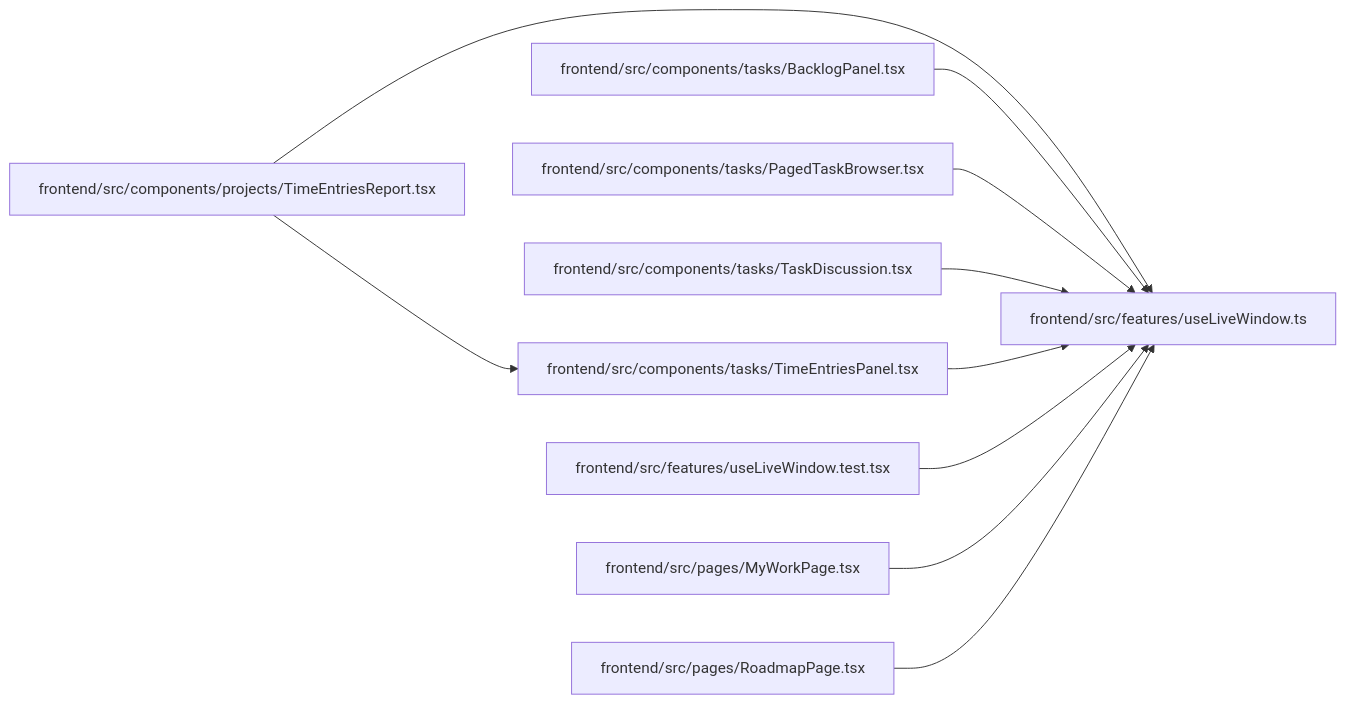
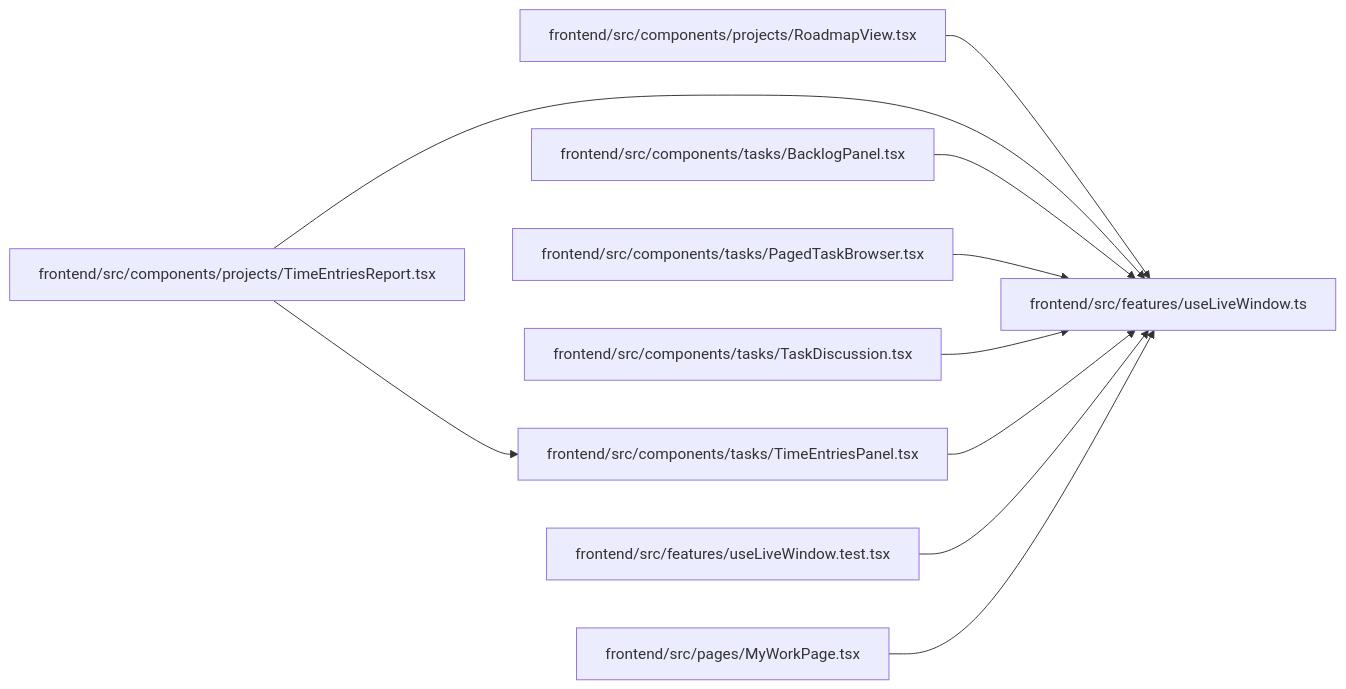
Before and after one commit to Denissvgn/WorkChord: the diagram in docs/llm_wiki/modules/useLiveWindow.md, drawn with Mermaid. The commit also changed other lines of this file and 2373 other files, not shown here.

````diff
--- a/docs/llm_wiki/modules/useLiveWindow.md
+++ b/docs/llm_wiki/modules/useLiveWindow.md
@@ -26,30 +26,30 @@
 ```mermaid
 flowchart LR
-    n0["frontend/src/components/projects/TimeEntriesReport.tsx"]
-    n1["frontend/src/components/tasks/BacklogPanel.tsx"]
-    n2["frontend/src/components/tasks/PagedTaskBrowser.tsx"]
-    n3["frontend/src/components/tasks/TaskDiscussion.tsx"]
-    n4["frontend/src/components/tasks/TimeEntriesPanel.tsx"]
-    n5["frontend/src/features/useLiveWindow.test.tsx"]
-    n6["frontend/src/features/useLiveWindow.ts"]
-    n7["frontend/src/pages/MyWorkPage.tsx"]
-    n8["frontend/src/pages/RoadmapPage.tsx"]
-    n0 --> n4
-    n0 --> n6
-    n1 --> n6
-    n2 --> n6
-    n3 --> n6
-    n4 --> n6
-    n5 --> n6
-    n7 --> n6
-    n8 --> n6
-    click n0 "../modules/TimeEntriesReport.md"
-    click n1 "../modules/BacklogPanel.md"
-    click n2 "../modules/PagedTaskBrowser.md"
-    click n3 "../modules/TaskDiscussion.md"
-    click n4 "../modules/TimeEntriesPanel.md"
-    click n5 "../modules/useLiveWindow.test.md"
-    click n6 "../modules/useLiveWindow.md"
-    click n7 "../modules/MyWorkPage.md"
-    click n8 "../modules/RoadmapPage.md"
+    n0["frontend/src/components/projects/RoadmapView.tsx"]
+    n1["frontend/src/components/projects/TimeEntriesReport.tsx"]
+    n2["frontend/src/components/tasks/BacklogPanel.tsx"]
+    n3["frontend/src/components/tasks/PagedTaskBrowser.tsx"]
+    n4["frontend/src/components/tasks/TaskDiscussion.tsx"]
+    n5["frontend/src/components/tasks/TimeEntriesPanel.tsx"]
+    n6["frontend/src/features/useLiveWindow.test.tsx"]
+    n7["frontend/src/features/useLiveWindow.ts"]
+    n8["frontend/src/pages/MyWorkPage.tsx"]
+    n0 --> n7
+    n1 --> n5
+    n1 --> n7
+    n2 --> n7
+    n3 --> n7
+    n4 --> n7
+    n5 --> n7
+    n6 --> n7
+    n8 --> n7
+    click n0 "../modules/RoadmapView.md"
+    click n1 "../modules/TimeEntriesReport.md"
+    click n2 "../modules/BacklogPanel.md"
+    click n3 "../modules/PagedTaskBrowser.md"
+    click n4 "../modules/TaskDiscussion.md"
+    click n5 "../modules/TimeEntriesPanel.md"
+    click n6 "../modules/useLiveWindow.test.md"
+    click n7 "../modules/useLiveWindow.md"
+    click n8 "../modules/MyWorkPage.md"
 ```
````
